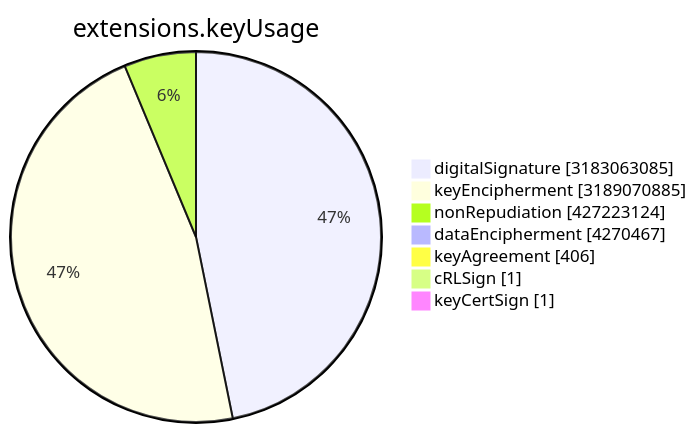
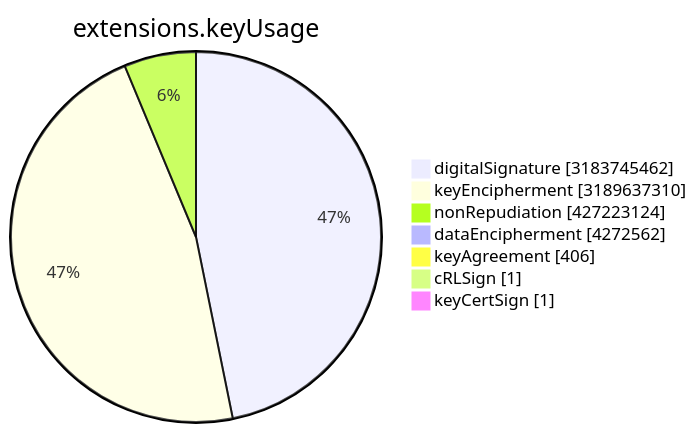
Before and after one commit to christiankrug/ctmonitor_visualization: the sixth of 15 diagrams in TOTAL/README.md, drawn with Mermaid. The commit also changed other lines of this file, not shown here.

````diff
--- a/TOTAL/README.md
+++ b/TOTAL/README.md
@@ -3077,11 +3077,11 @@
 ```mermaid
 pie showData
 title extensions.keyUsage
-"digitalSignature" :3183063085
-"keyEncipherment" :3189070885
+"digitalSignature" :3183745462
+"keyEncipherment" :3189637310
 "nonRepudiation" :427223124
-"dataEncipherment" :4270467
+"dataEncipherment" :4272562
 "keyAgreement" :406
 "cRLSign" :1
 "keyCertSign" :1
 ```
````
